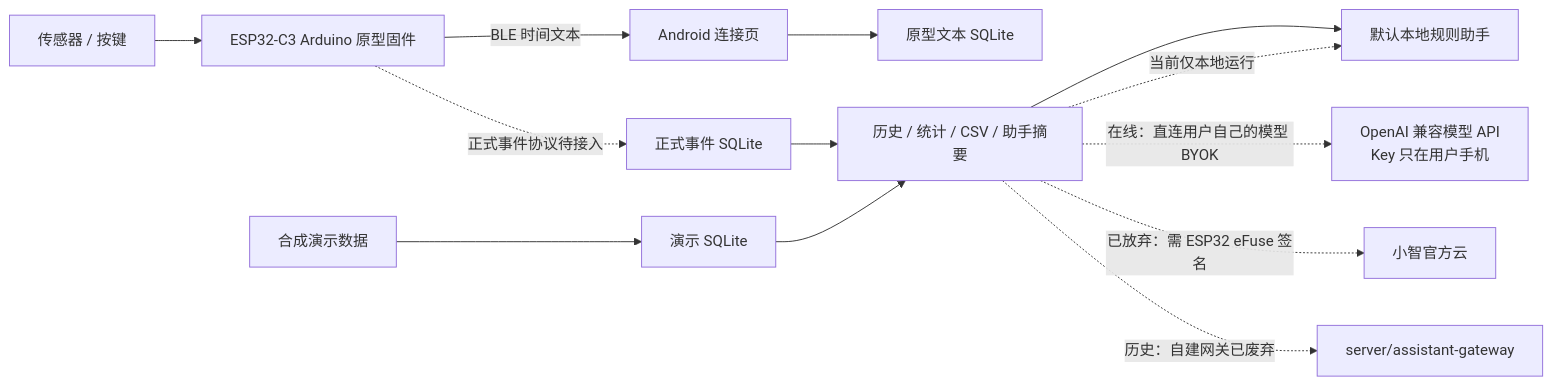
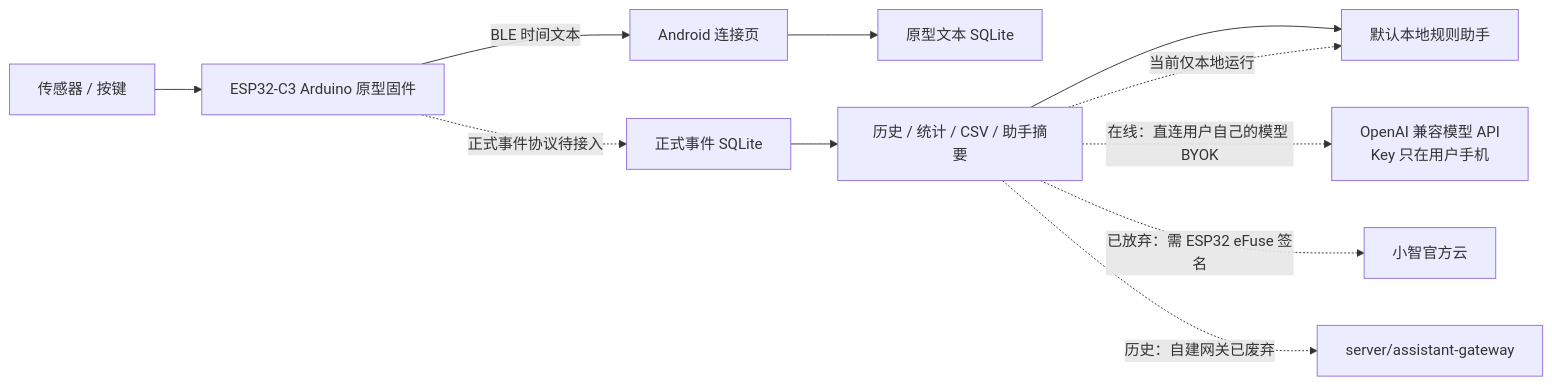
Before and after one commit to zyc-ivsd/esp32-medication-device: the diagram in README.md, drawn with Mermaid. The commit also changed other lines of this file and 40 other files, not shown here.

````diff
--- a/README.md
+++ b/README.md
@@ -9,15 +9,13 @@
 ```mermaid
 flowchart LR
   HW[传感器 / 按键] --> FW[ESP32-C3 Arduino 原型固件]
   FW -->|BLE 时间文本| BLE[Android 连接页]
   BLE --> DB1[原型文本 SQLite]
   FW -. 正式事件协议待接入 .-> DB2[正式事件 SQLite]
-  DEMO[合成演示数据] --> DB3[演示 SQLite]
   DB2 --> UI[历史 / 统计 / CSV / 助手摘要]
-  DB3 --> UI
   UI --> LOCAL[默认本地规则助手]
   UI -. 当前仅本地运行 .-> LOCAL
   UI -. 在线：直连用户自己的模型 BYOK .-> MODEL[OpenAI 兼容模型 API<br/>Key 只在用户手机]
   UI -. 已放弃：需 ESP32 eFuse 签名 .-> CLOUD[小智官方云]
   UI -. 历史：自建网关已废弃 .-> GW[server/assistant-gateway]
 ```
````
